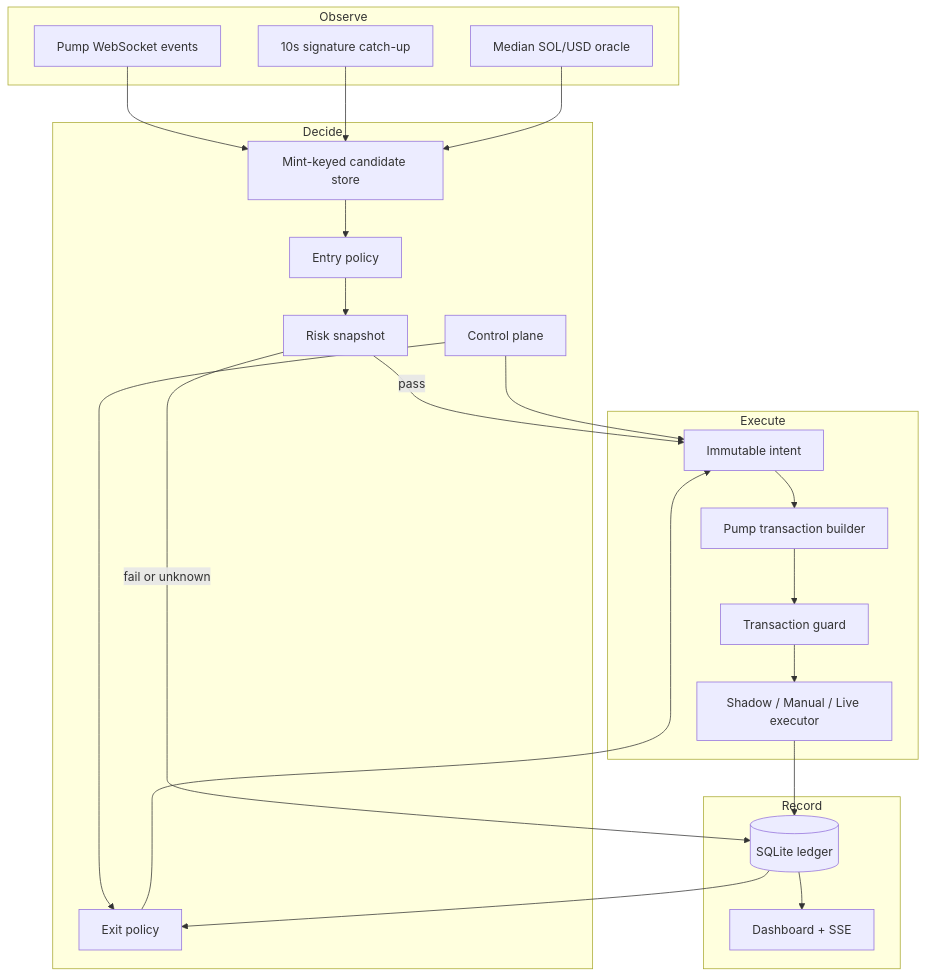
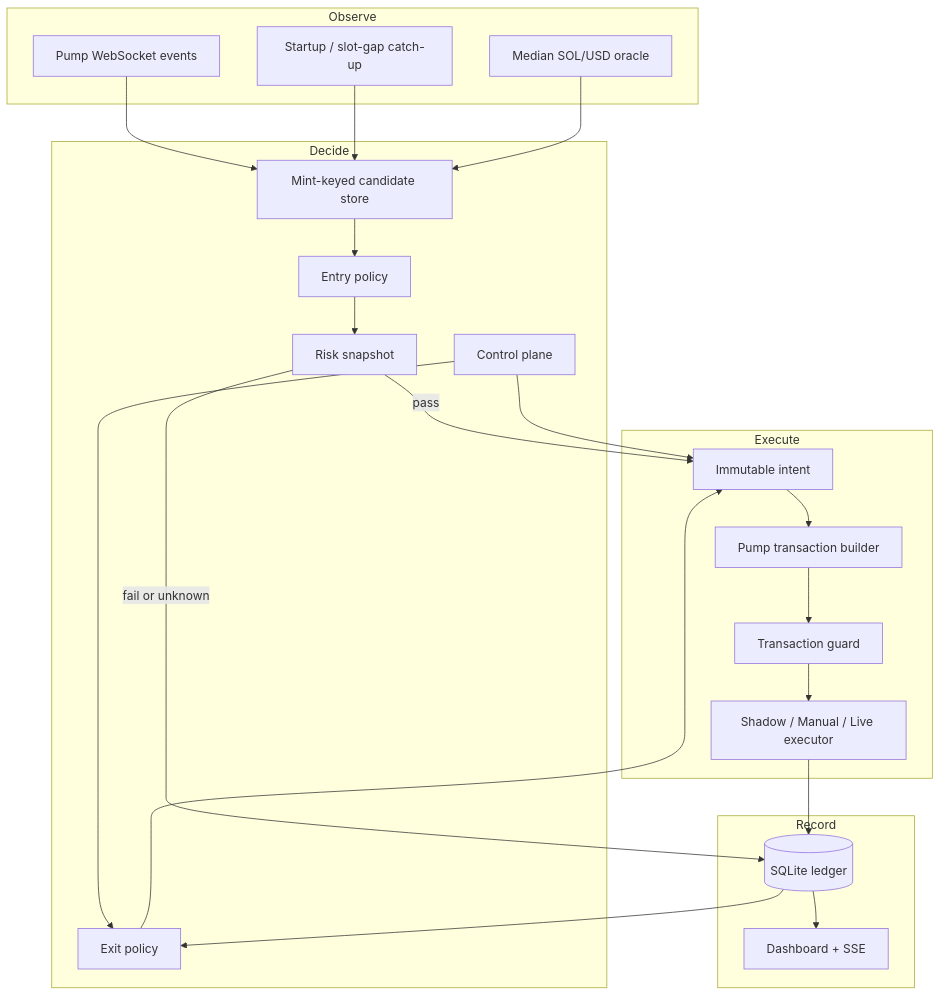
Before and after one commit to Air-crypto/solid-octo-engine: the first of 2 diagrams in docs/ARCHITECTURE.md, drawn with Mermaid. The commit also changed other lines of this file and 30 other files, not shown here.

````diff
--- a/docs/ARCHITECTURE.md
+++ b/docs/ARCHITECTURE.md
@@ -3,37 +3,37 @@
 ```mermaid
 flowchart TB
   subgraph Observe
     WS[Pump WebSocket events]
-    BF[10s signature catch-up]
+    BF[Startup / slot-gap catch-up]
     PX[Median SOL/USD oracle]
   end
   subgraph Decide
     CS[Mint-keyed candidate store]
     EP[Entry policy]
     RG[Risk snapshot]
     CP[Control plane]
     XP[Exit policy]
   end
   subgraph Execute
     OI[Immutable intent]
     TB[Pump transaction builder]
     TG[Transaction guard]
     EX[Shadow / Manual / Live executor]
   end
   subgraph Record
     DB[(SQLite ledger)]
     UI[Dashboard + SSE]
   end
   WS --> CS
   BF --> CS
   PX --> CS
   CS --> EP
   EP --> RG
   RG -->|pass| OI
   RG -->|fail or unknown| DB
   CP --> OI
   OI --> TB --> TG --> EX --> DB
   DB --> XP --> OI
   DB --> UI
   CP --> XP
 ```
````
